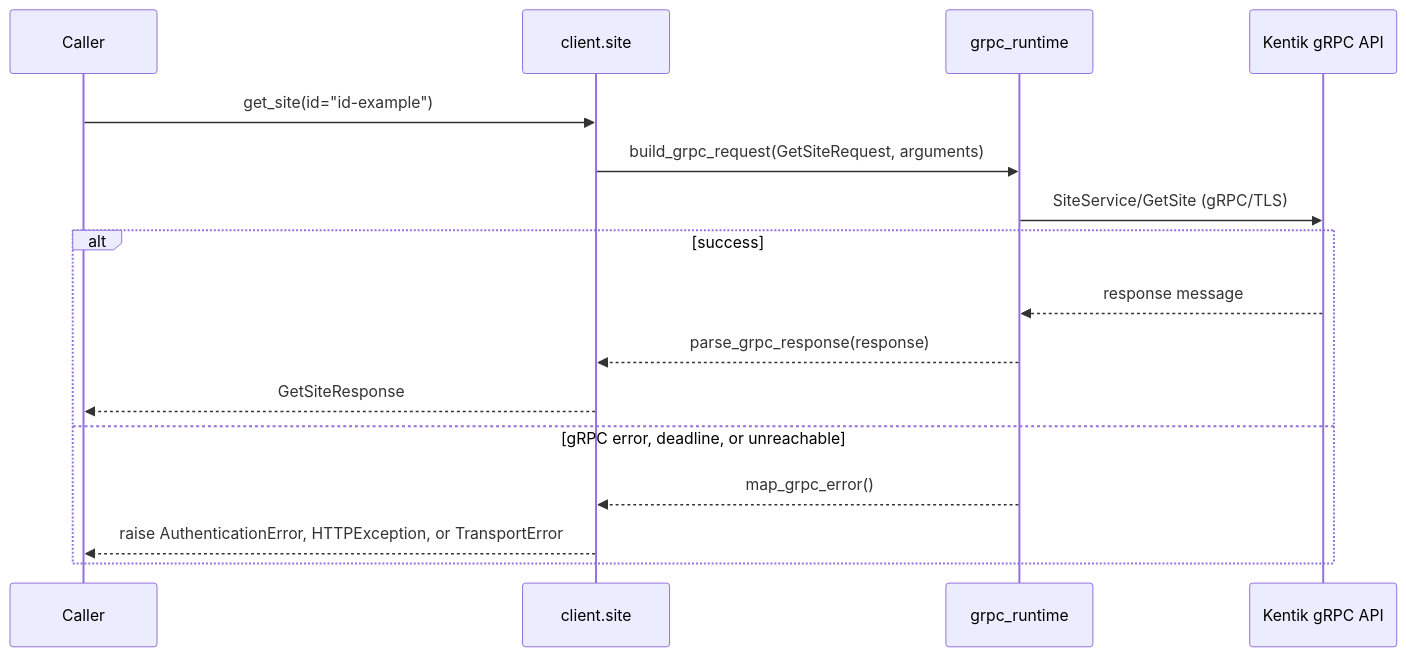
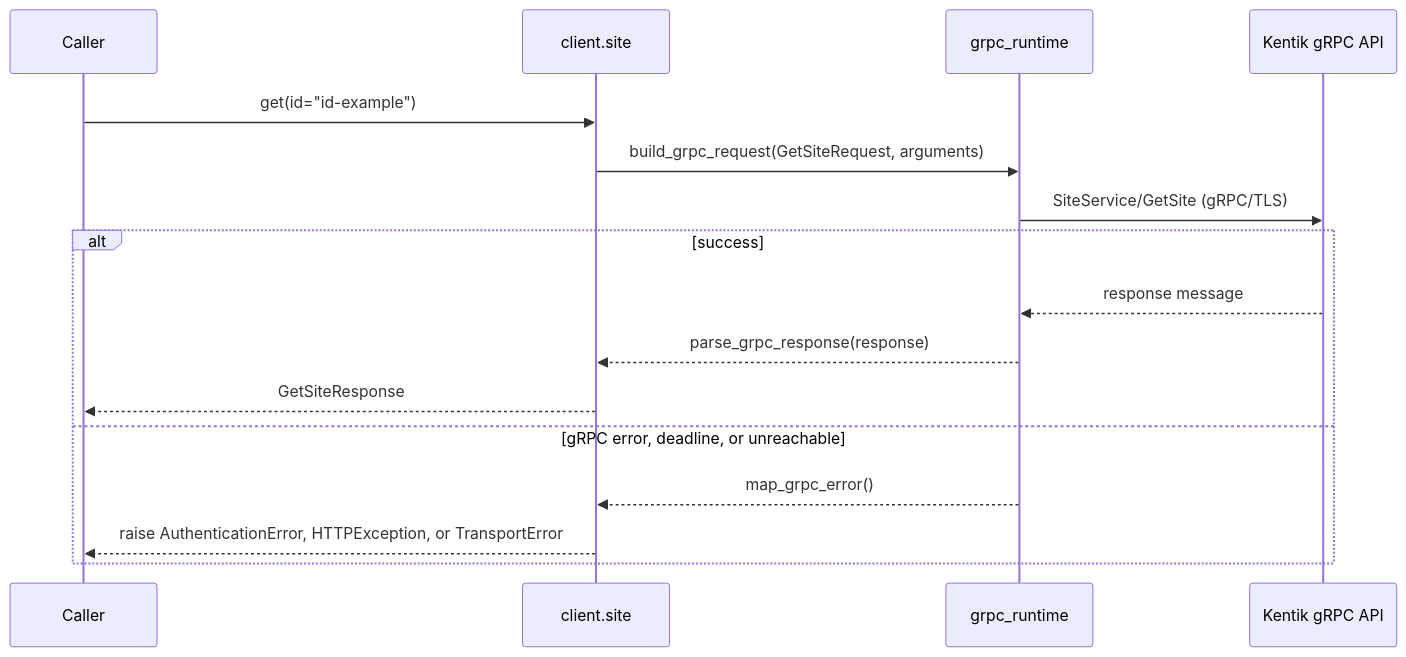
One commit to alexdearaujo/community_sdk_python changed diagram 17 of 22 in docs/sphinx/services/site.md. Above: the diagram before and after it, drawn with Mermaid. The commit also changed other lines of this file and 119 other files, not shown here.

````diff
--- a/docs/sphinx/services/site.md
+++ b/docs/sphinx/services/site.md
@@ -580,19 +580,19 @@
 ```mermaid
 sequenceDiagram
     participant C as Caller
     participant W as client.site
     participant R as grpc_runtime
     participant API as Kentik gRPC API
 
-    C->>W: get_site(id="id-example")
+    C->>W: get(id="id-example")
     W->>R: build_grpc_request(GetSiteRequest, arguments)
     R->>API: SiteService/GetSite (gRPC/TLS)
     alt success
         API-->>R: response message
         R-->>W: parse_grpc_response(response)
         W-->>C: GetSiteResponse
     else gRPC error, deadline, or unreachable
         R-->>W: map_grpc_error()
         W-->>C: raise AuthenticationError, HTTPException, or TransportError
     end
 ```
````
